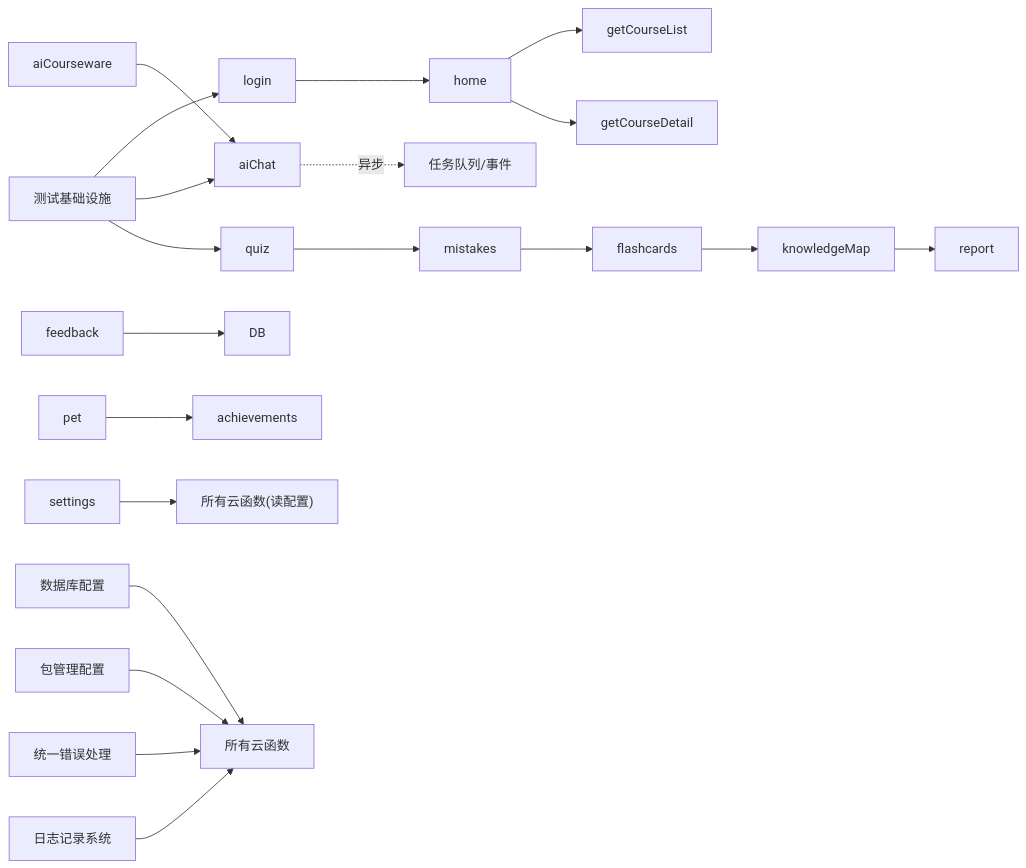
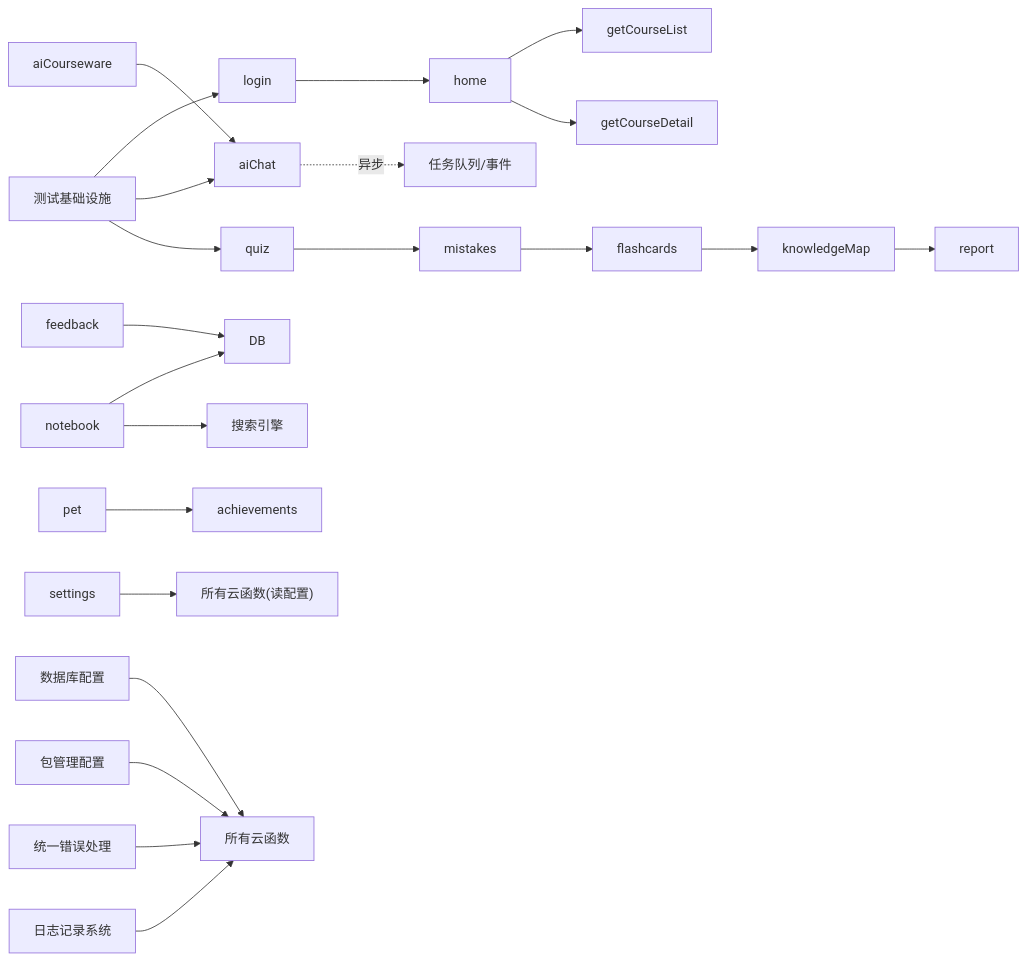
Before and after one commit to cwb7756/bio: diagram 14 of 14 in .qoder/repowiki/zh/content/架构设计/后端架构设计/云函数架构设计.md, drawn with Mermaid. The commit also changed other lines of this file and 14 other files, not shown here.

First line of the commit message:
feat(knowledgeMap): 增强知识图谱功能，新增种子数据生成器

````diff
--- a/.qoder/repowiki/zh/content/架构设计/后端架构设计/云函数架构设计.md
+++ b/.qoder/repowiki/zh/content/架构设计/后端架构设计/云函数架构设计.md
@@ -606,22 +710,24 @@
 ```mermaid
 graph LR
 LOGIN["login"] --> HOME["home"]
 HOME --> GET_LIST["getCourseList"]
 HOME --> GET_DETAIL["getCourseDetail"]
 AI["aiChat"] -.->|异步| QUEUE["任务队列/事件"]
 AICOURSEWARE["aiCourseware"] --> AI
 FEEDBACK["feedback"] --> DB
 QUIZ["quiz"] --> MISTAKES["mistakes"]
 MISTAKES --> FLASH["flashcards"]
 FLASH --> KMAP["knowledgeMap"]
 KMAP --> REPORT["report"]
+NOTEBOOK["notebook"] --> DB
+NOTEBOOK --> SEARCH["搜索引擎"]
 PET["pet"] --> ACH["achievements"]
 SETTINGS["settings"] --> ALL["所有云函数(读配置)"]
 TEST_INFRA["测试基础设施"] --> LOGIN
 TEST_INFRA --> AI
 TEST_INFRA --> QUIZ
 DB_CONFIG["数据库配置"] --> ALL_CFS["所有云函数"]
 PKG_MGMT["包管理配置"] --> ALL_CFS
 ERROR_HANDLING["统一错误处理"] --> ALL_CFS
 LOGGING["日志记录系统"] --> ALL_CFS
 ```
````
